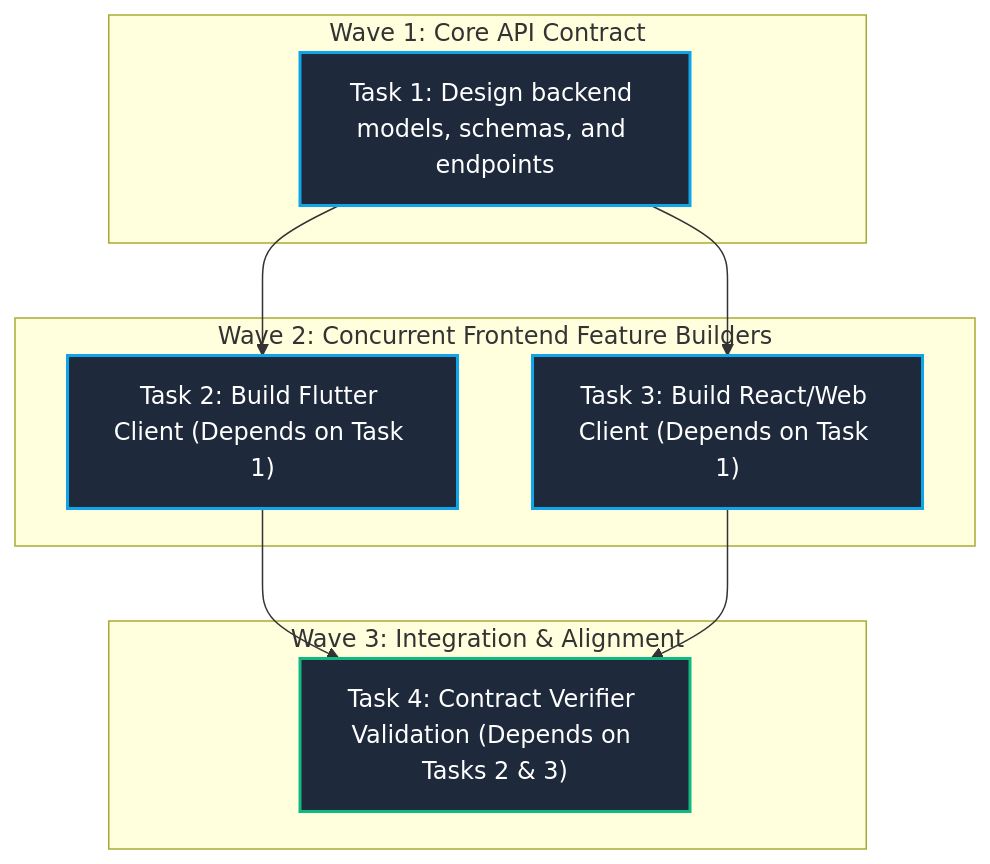
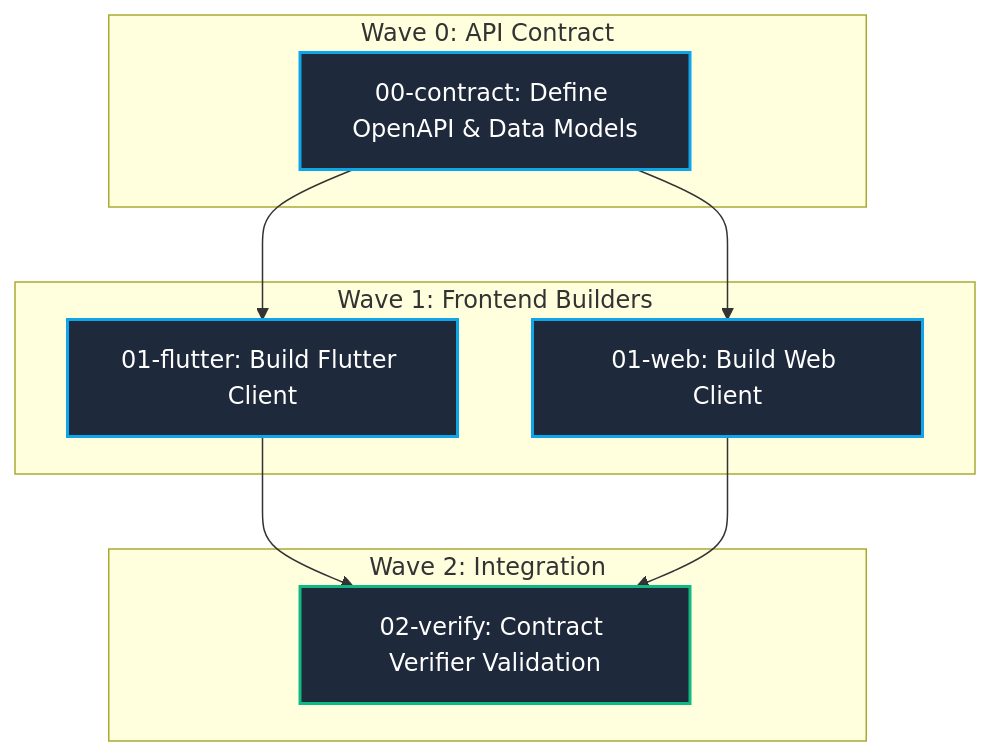
One commit to basnetjiten/test-repo changed the second of 4 diagrams in ebprocess-development/Architecture.md. Above: the diagram before and after it, drawn with Mermaid. The commit also changed other lines of this file, not shown here.

First line of the commit message:
docs: rewrite Architecture.md to reflect multi-project isolation and full agent pool

````diff
--- a/ebprocess-development/Architecture.md
+++ b/ebprocess-development/Architecture.md
@@ -83,23 +157,23 @@
 ```mermaid
 graph TD
-    subgraph Wave 1: Core API Contract
-        T1["Task 1: Design backend models, schemas, and endpoints"]
+    subgraph "Wave 0: API Contract"
+        T1["00-contract: Define OpenAPI & Data Models"]
     end
-    subgraph Wave 2: Concurrent Frontend Feature Builders
-        T2["Task 2: Build Flutter Client (Depends on Task 1)"]
-        T3["Task 3: Build React/Web Client (Depends on Task 1)"]
+    subgraph "Wave 1: Frontend Builders"
+        T2["01-flutter: Build Flutter Client"]
+        T3["01-web: Build Web Client"]
     end
-    subgraph Wave 3: Integration & Alignment
-        T4["Task 4: Contract Verifier Validation (Depends on Tasks 2 & 3)"]
+    subgraph "Wave 2: Integration"
+        T4["02-verify: Contract Verifier Validation"]
     end
 
     T1 --> T2
     T1 --> T3
     T2 --> T4
     T3 --> T4
 
     style T1 fill:#1E293B,stroke:#0EA5E9,stroke-width:2px,color:#fff
     style T2 fill:#1E293B,stroke:#0EA5E9,stroke-width:2px,color:#fff
     style T3 fill:#1E293B,stroke:#0EA5E9,stroke-width:2px,color:#fff
     style T4 fill:#1E293B,stroke:#10B981,stroke-width:2px,color:#fff
 ```
````
